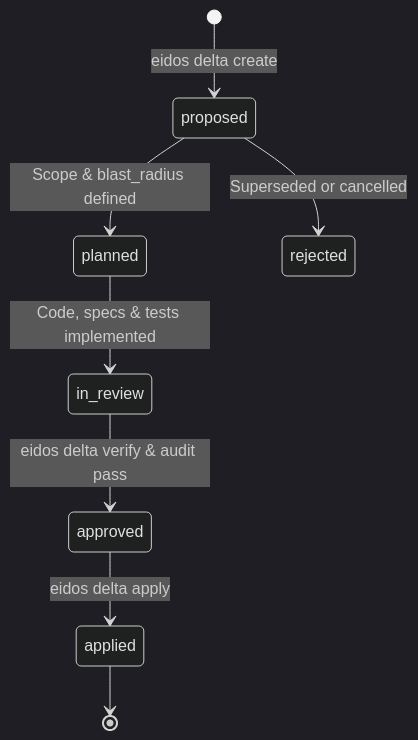
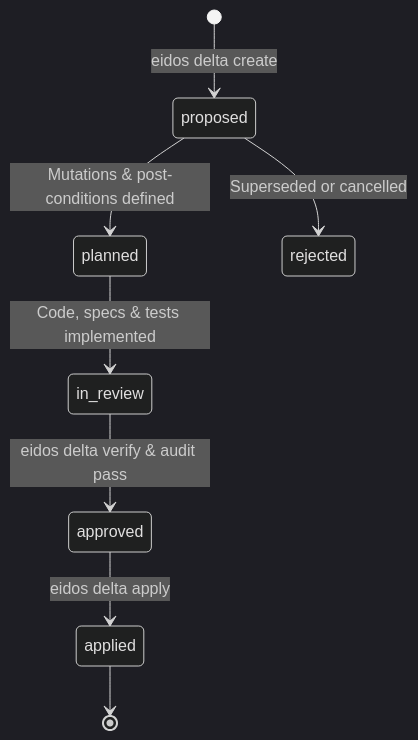
Before and after one commit to mchawa/eidos: the diagram in docs/concepts/specdeltas.md, drawn with Mermaid (dark theme). The commit also changed other lines of this file and 120 other files, not shown here.

Commit message:
feat(delta,core,index,vcs,portal,cli): implement DLT-2026-079..085, graph-derived delta scope, and >90% test coverage

````diff
--- a/docs/concepts/specdeltas.md
+++ b/docs/concepts/specdeltas.md
@@ -22,10 +22,10 @@
 ```mermaid
 stateDiagram-v2
     [*] --> proposed: eidos delta create
-    proposed --> planned: Scope & blast_radius defined
+    proposed --> planned: Mutations & post-conditions defined
     planned --> in_review: Code, specs & tests implemented
     in_review --> approved: eidos delta verify & audit pass
     approved --> applied: eidos delta apply
     proposed --> rejected: Superseded or cancelled
     applied --> [*]
 ```
````
